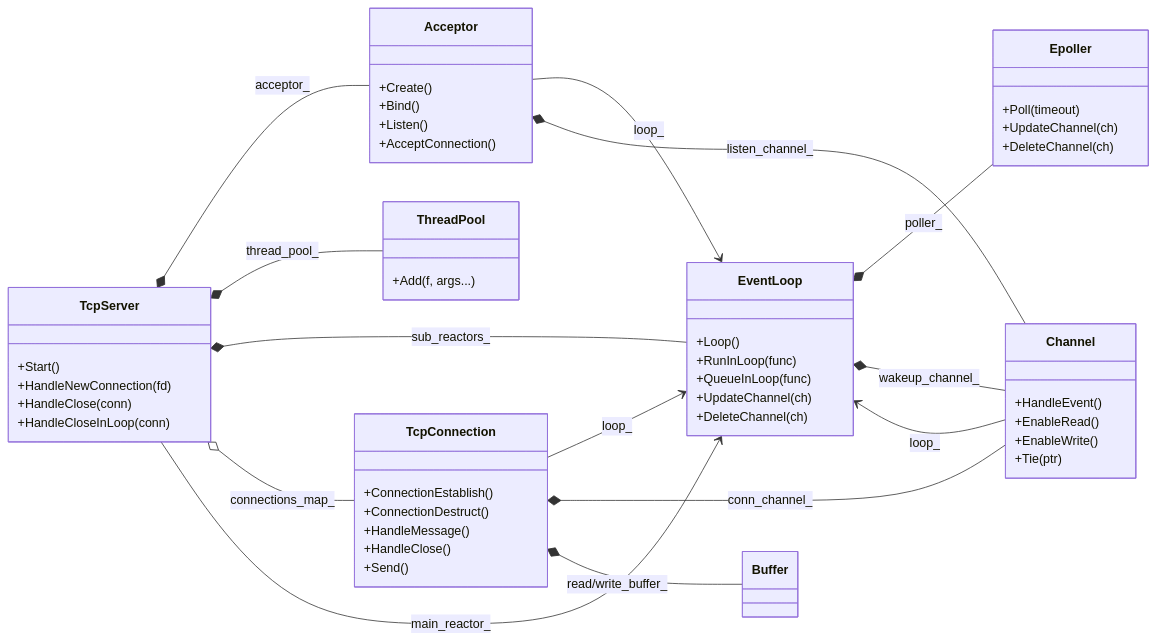
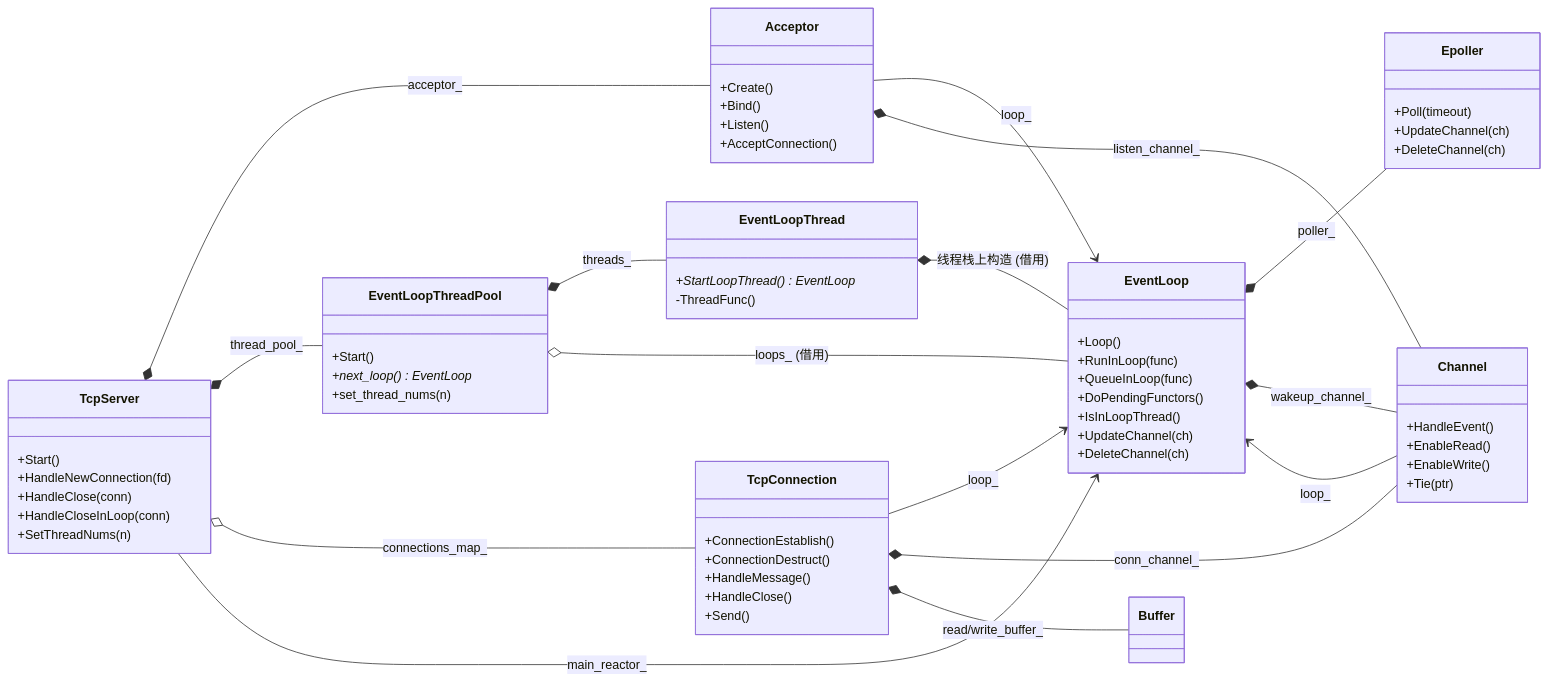
Before and after one commit to kame597/NetCoding: the diagram in day17/docs/map/architecture.md, drawn with Mermaid. The commit also changed 11 other files, not shown here.

````diff
--- a/day17/docs/map/architecture.md
+++ b/day17/docs/map/architecture.md
@@ -1,60 +1,75 @@
 ```mermaid
 classDiagram
     direction LR
 
     class TcpServer {
         +Start()
         +HandleNewConnection(fd)
         +HandleClose(conn)
         +HandleCloseInLoop(conn)
+        +SetThreadNums(n)
+    }
+    class EventLoopThreadPool {
+        +Start()
+        +next_loop() EventLoop*
+        +set_thread_nums(n)
+    }
+    class EventLoopThread {
+        +StartLoopThread() EventLoop*
+        -ThreadFunc()
     }
     class Acceptor {
         +Create()
         +Bind()
         +Listen()
         +AcceptConnection()
     }
     class EventLoop {
         +Loop()
         +RunInLoop(func)
         +QueueInLoop(func)
+        +DoPendingFunctors()
+        +IsInLoopThread()
         +UpdateChannel(ch)
         +DeleteChannel(ch)
     }
     class Epoller {
         +Poll(timeout)
         +UpdateChannel(ch)
         +DeleteChannel(ch)
     }
     class Channel {
         +HandleEvent()
         +EnableRead()
         +EnableWrite()
         +Tie(ptr)
     }
     class TcpConnection {
         +ConnectionEstablish()
         +ConnectionDestruct()
         +HandleMessage()
         +HandleClose()
         +Send()
     }
     class Buffer
-    class ThreadPool {
-        +Add(f, args...)
-    }
 
     TcpServer *-- Acceptor : acceptor_
-    TcpServer *-- ThreadPool : thread_pool_
-    TcpServer *-- EventLoop : sub_reactors_
+    TcpServer *-- EventLoopThreadPool : thread_pool_
     TcpServer o-- TcpConnection : connections_map_
     TcpServer --> EventLoop : main_reactor_
+
+    EventLoopThreadPool *-- EventLoopThread : threads_
+    EventLoopThreadPool o-- EventLoop : loops_ (借用)
+    EventLoopThread *-- EventLoop : 线程栈上构造 (借用)
+
     Acceptor --> EventLoop : loop_
     Acceptor *-- Channel : listen_channel_
+
     EventLoop *-- Epoller : poller_
     EventLoop *-- Channel : wakeup_channel_
+
     Channel --> EventLoop : loop_
     TcpConnection --> EventLoop : loop_
     TcpConnection *-- Channel : conn_channel_
     TcpConnection *-- Buffer : read/write_buffer_
 ```
````
